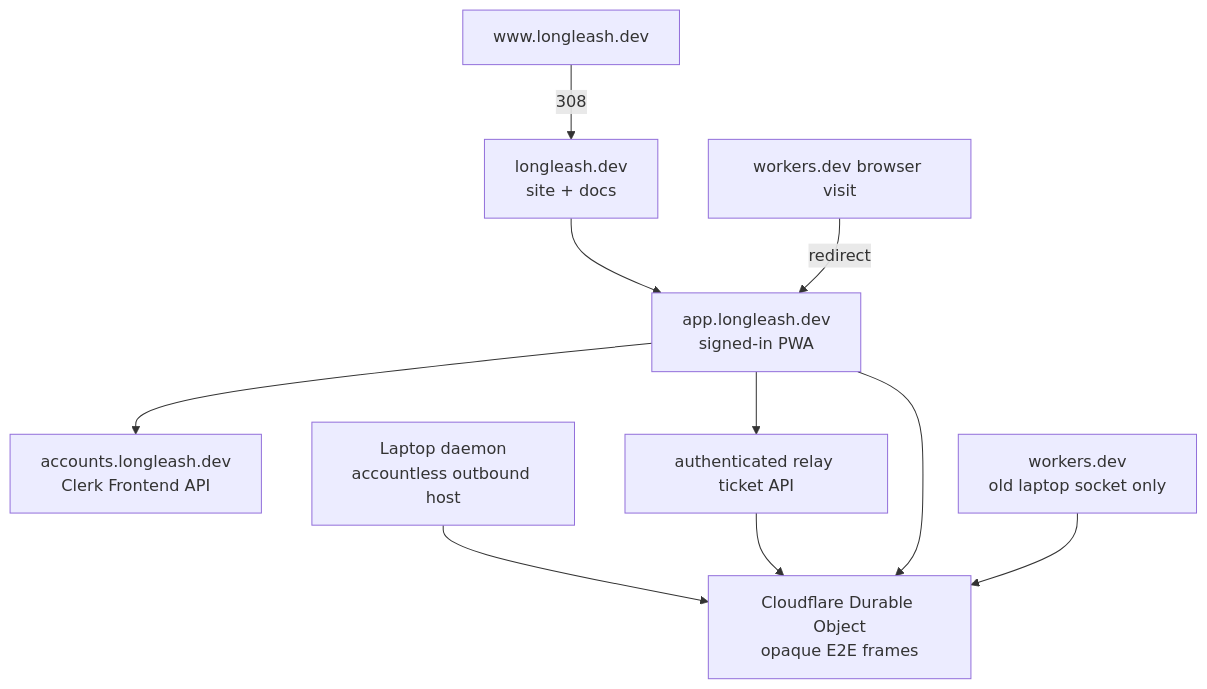
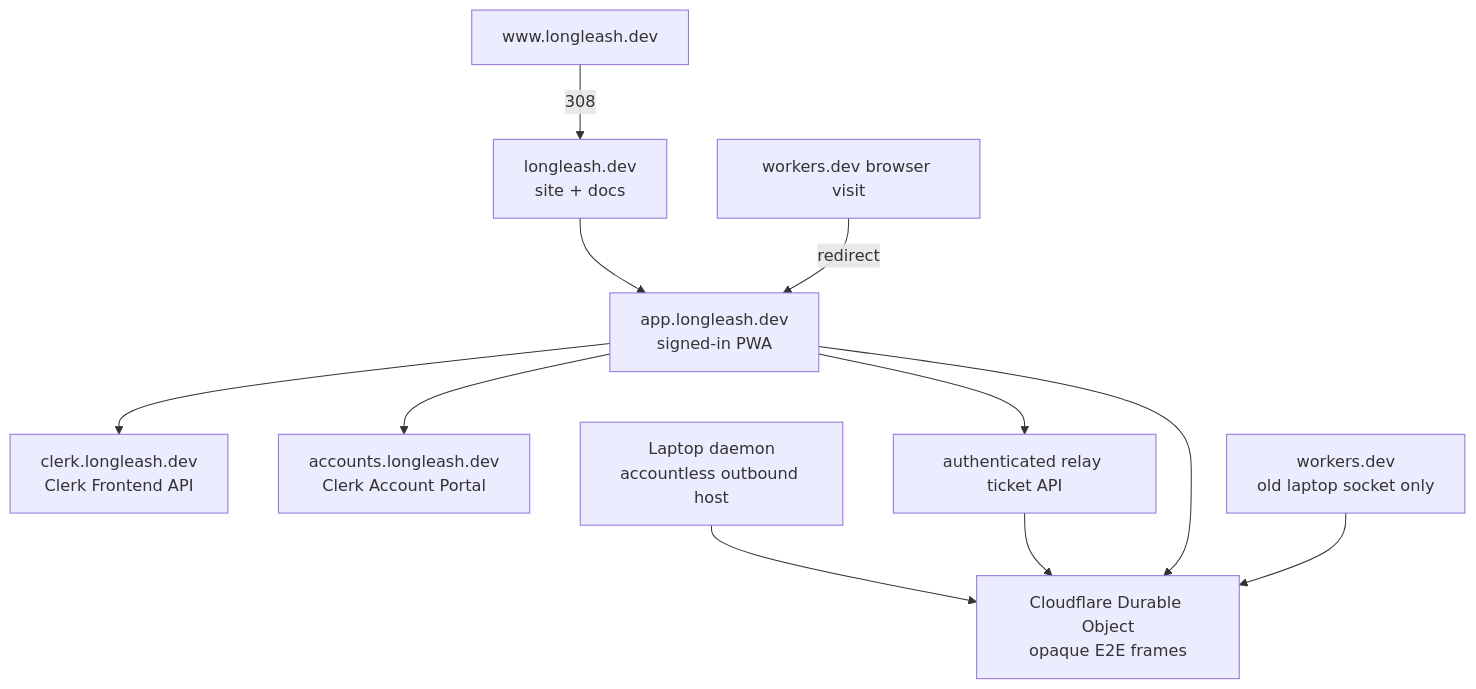
Before and after one commit to Sahith59/LongLe-sh: the diagram in docs/ACCOUNT-LAUNCH.md, drawn with Mermaid. The commit also changed other lines of this file and 3 other files, not shown here.

````diff
--- a/docs/ACCOUNT-LAUNCH.md
+++ b/docs/ACCOUNT-LAUNCH.md
@@ -8,12 +8,13 @@
 ```mermaid
 flowchart TB
     Site[longleash.dev\nsite + docs] --> App[app.longleash.dev\nsigned-in PWA]
     WWW[www.longleash.dev] -->|308| Site
-    App --> Clerk[accounts.longleash.dev\nClerk Frontend API]
+    App --> Clerk[clerk.longleash.dev\nClerk Frontend API]
+    App --> Portal[accounts.longleash.dev\nClerk Account Portal]
     App --> Ticket[authenticated relay ticket API]
     Laptop[Laptop daemon\naccountless outbound host] --> Room[Cloudflare Durable Object\nopaque E2E frames]
     Ticket --> Room
     App --> Room
     Legacy[workers.dev\nold laptop socket only] --> Room
     LegacyBrowser[workers.dev browser visit] -->|redirect| App
 ```
````
